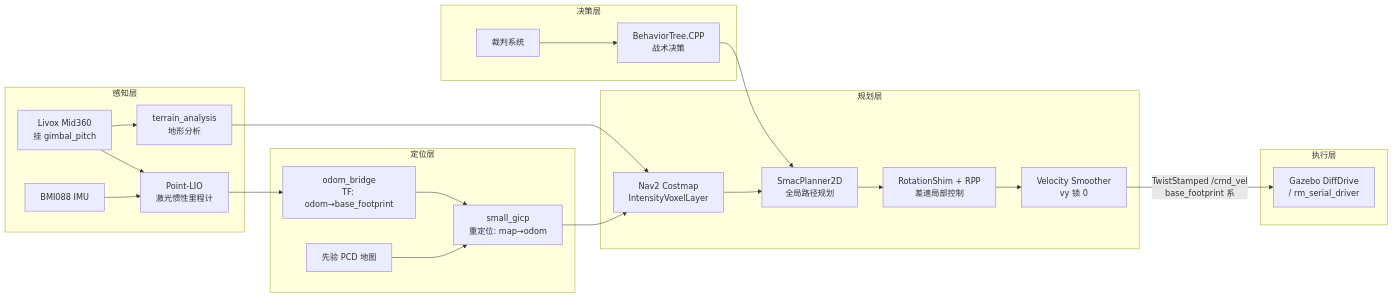
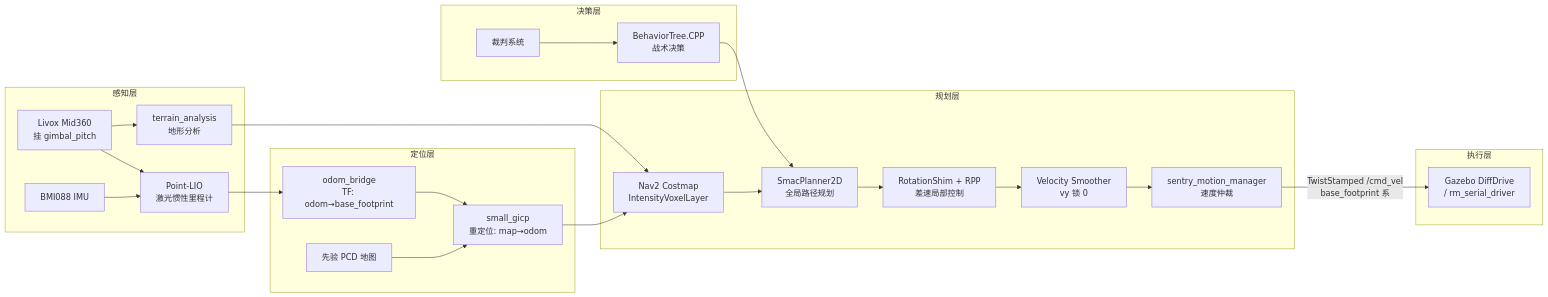
Before and after one commit to Boombroke/Sentry26: the diagram in README.md, drawn with Mermaid. The commit also changed other lines of this file and 26 other files, not shown here.

Commit message:
config(motion_manager): 接入底盘机动管理器速度链路

````diff
--- a/README.md
+++ b/README.md
@@ -12,31 +12,32 @@
 ```mermaid
 graph LR
     subgraph 感知层
         LiDAR[Livox Mid360<br/>挂 gimbal_pitch] --> PL[Point-LIO<br/>激光惯性里程计]
         IMU[BMI088 IMU] --> PL
         LiDAR --> TA[terrain_analysis<br/>地形分析]
     end
 
     subgraph 定位层
         PL --> OB[odom_bridge<br/>TF: odom→base_footprint]
         PCD[先验 PCD 地图] --> GICP[small_gicp<br/>重定位: map→odom]
         OB --> GICP
     end
 
     subgraph 规划层
         GICP --> CM[Nav2 Costmap<br/>IntensityVoxelLayer]
         TA --> CM
         CM --> GP[SmacPlanner2D<br/>全局路径规划]
         GP --> LP[RotationShim + RPP<br/>差速局部控制]
         LP --> VS[Velocity Smoother<br/>vy 锁 0]
+        VS --> MM[sentry_motion_manager<br/>速度仲裁]
     end
 
     subgraph 决策层
         REF[裁判系统] --> BT[BehaviorTree.CPP<br/>战术决策]
         BT --> GP
     end
 
     subgraph 执行层
-        VS -->|TwistStamped /cmd_vel<br/>base_footprint 系| SER[Gazebo DiffDrive<br/>/ rm_serial_driver]
+        MM -->|TwistStamped /cmd_vel<br/>base_footprint 系| SER[Gazebo DiffDrive<br/>/ rm_serial_driver]
     end
 ```
````
